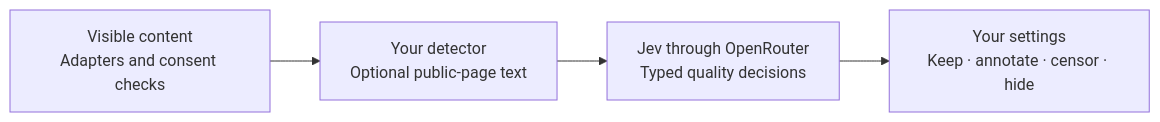
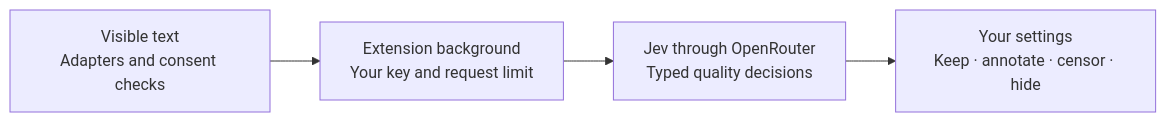
Before and after one commit to juztripper/no-slop: the diagram in README.md, drawn with Mermaid. The commit also changed other lines of this file and 32 other files, not shown here.

````diff
--- a/README.md
+++ b/README.md
@@ -88,6 +90,6 @@
 ```mermaid
 flowchart LR
-  A["Visible content<br/>Adapters and consent checks"] --> B["Your detector<br/>Optional public-page text"]
+  A["Visible text<br/>Adapters and consent checks"] --> B["Extension background<br/>Your key and request limit"]
   B --> C["Jev through OpenRouter<br/>Typed quality decisions"]
   C --> D["Your settings<br/>Keep · annotate · censor · hide"]
 ```
````
